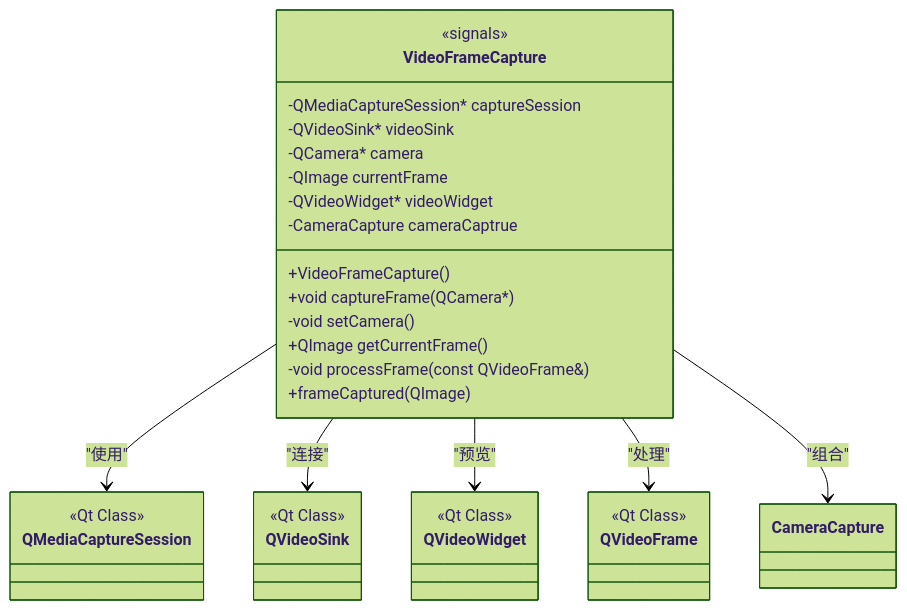
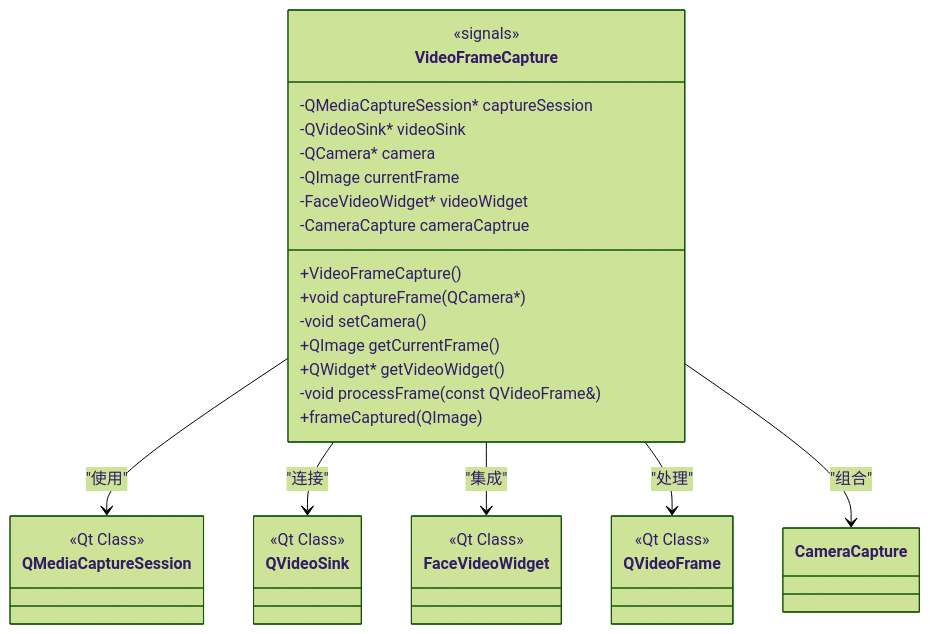
One commit to HeQiTZD/Triple-terminal-Attendance-Punching-System changed the fourth of 11 diagrams in .qoder/repowiki/zh/content/核心模块/摄像头采集模块/摄像头采集模块.md. Above: the diagram before and after it, drawn with Mermaid (forest theme). The commit also changed other lines of this file and 44 other files, not shown here.

````diff
--- a/.qoder/repowiki/zh/content/核心模块/摄像头采集模块/摄像头采集模块.md
+++ b/.qoder/repowiki/zh/content/核心模块/摄像头采集模块/摄像头采集模块.md
@@ -220,35 +262,36 @@
 ```mermaid
 classDiagram
 class VideoFrameCapture {
 -QMediaCaptureSession* captureSession
 -QVideoSink* videoSink
 -QCamera* camera
 -QImage currentFrame
--QVideoWidget* videoWidget
+-FaceVideoWidget* videoWidget
 -CameraCapture cameraCaptrue
 +VideoFrameCapture()
 +void captureFrame(QCamera*)
 -void setCamera()
 +QImage getCurrentFrame()
++QWidget* getVideoWidget()
 -void processFrame(const QVideoFrame&)
 <<signals>>
 +frameCaptured(QImage)
 }
 class QMediaCaptureSession {
 <<Qt Class>>
 }
 class QVideoSink {
 <<Qt Class>>
 }
-class QVideoWidget {
+class FaceVideoWidget {
 <<Qt Class>>
 }
 class QVideoFrame {
 <<Qt Class>>
 }
 VideoFrameCapture --> QMediaCaptureSession : "使用"
 VideoFrameCapture --> QVideoSink : "连接"
-VideoFrameCapture --> QVideoWidget : "预览"
+VideoFrameCapture --> FaceVideoWidget : "集成"
 VideoFrameCapture --> QVideoFrame : "处理"
 VideoFrameCapture --> CameraCapture : "组合"
 ```
````
